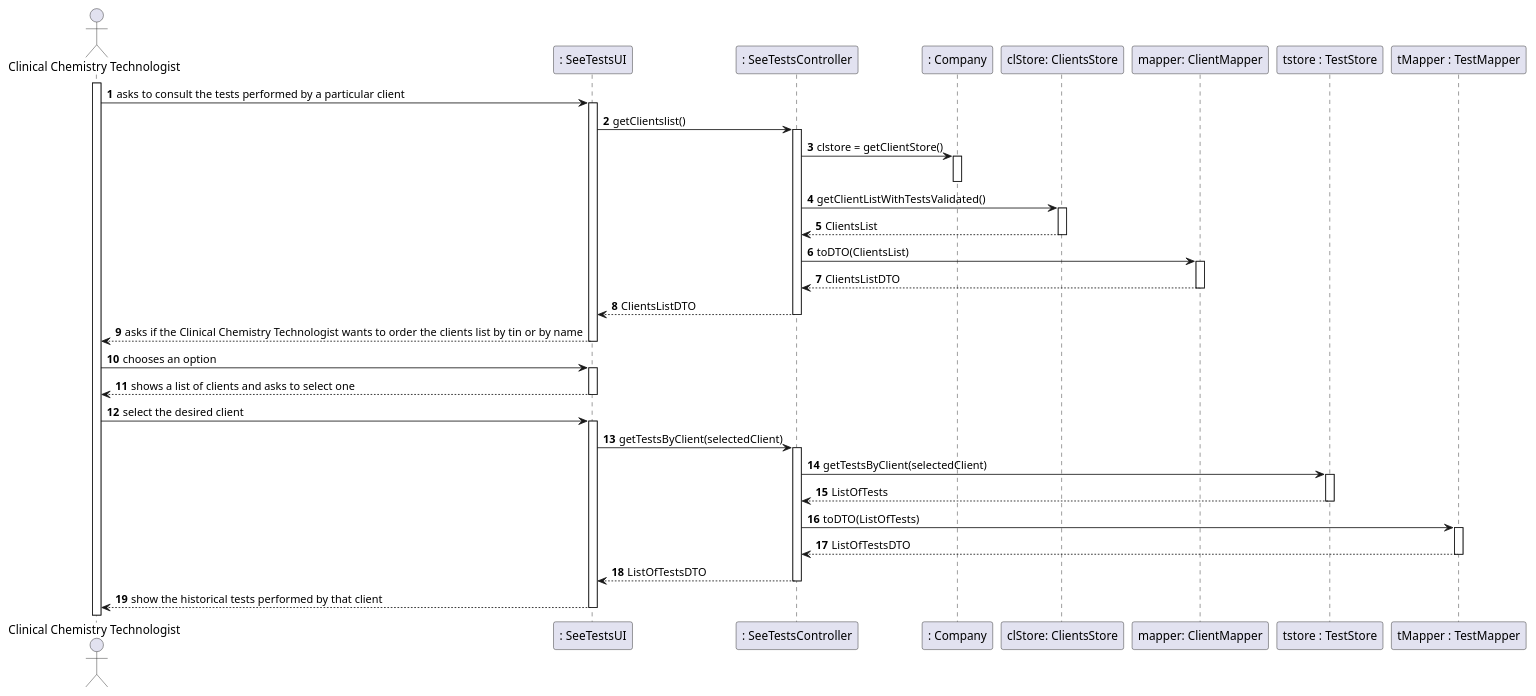
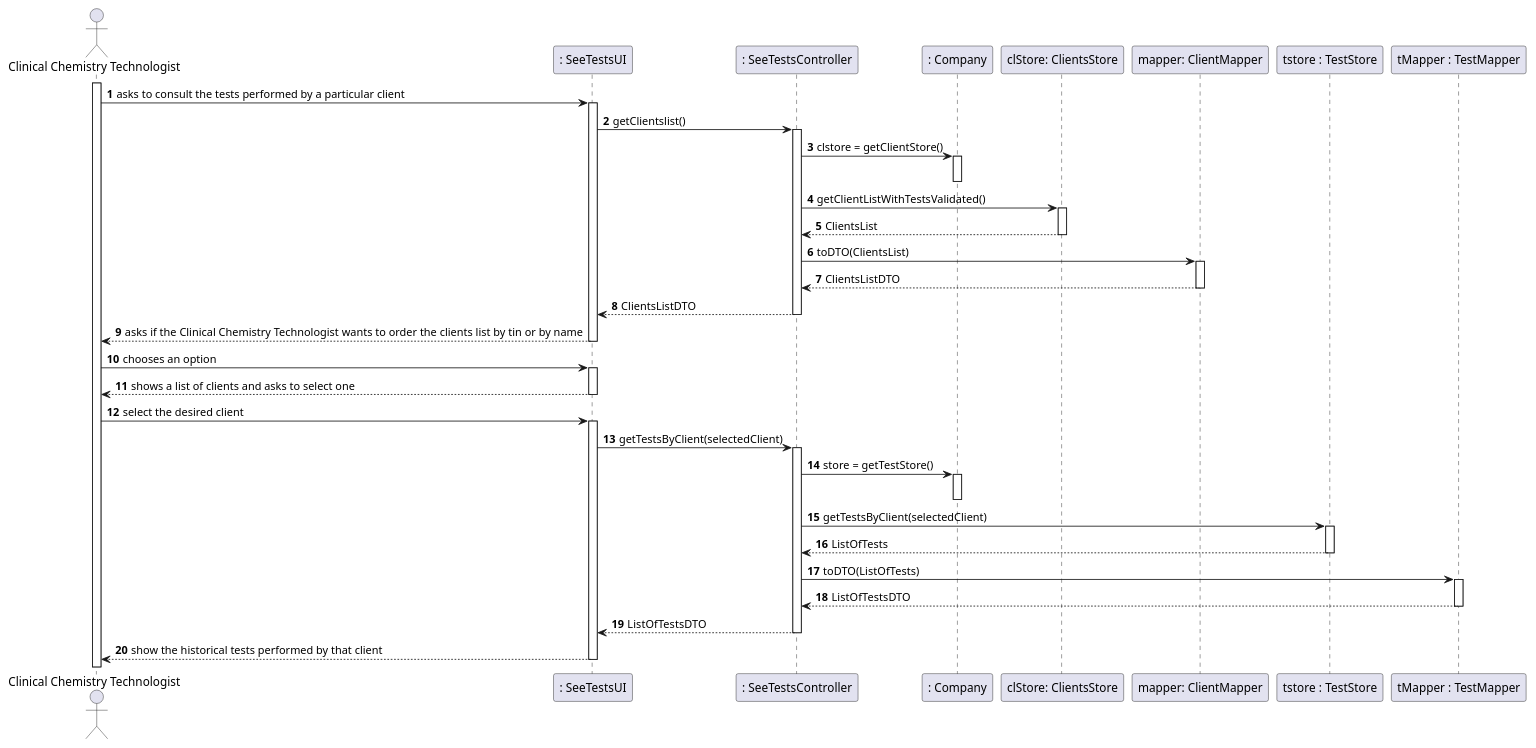
Before and after one commit to manu-07-ela/LAPR2_ISEP: the diagram in docs/SprintD/US13/US13_SD.puml, drawn with PlantUML. The commit also changed 8 other files, not shown here.

```diff
--- a/docs/SprintD/US13/US13_SD.puml
+++ b/docs/SprintD/US13/US13_SD.puml
@@ -1,62 +1,65 @@
 @startuml
 'https://plantuml.com/sequence-diagram
 
 autonumber
 actor "Clinical Chemistry Technologist" as CCT
 
 participant ": SeeTestsUI" as UI
 participant ": SeeTestsController" as CTRL
 participant ": Company" as Comp
 participant "clStore: ClientsStore" as CStore
 participant "mapper: ClientMapper" as ClMapper
 participant "tstore : TestStore" as tStore
 participant "tMapper : TestMapper" as TMapper
 
 activate CCT
 
 CCT -> UI : asks to consult the tests performed by a particular client
 activate UI
 UI -> CTRL : getClientslist()
 activate CTRL
 CTRL -> Comp : clstore = getClientStore()
 activate Comp
 deactivate Comp
 CTRL -> CStore : getClientListWithTestsValidated()
 activate CStore
 CStore --> CTRL : ClientsList
 deactivate CStore
 CTRL -> ClMapper : toDTO(ClientsList)
 activate ClMapper
 ClMapper --> CTRL : ClientsListDTO
 deactivate ClMapper
 CTRL --> UI : ClientsListDTO
 deactivate CTRL
 UI --> CCT : asks if the Clinical Chemistry Technologist wants to order the clients list by tin or by name
 deactivate UI
 
 CCT -> UI : chooses an option
 activate UI
 UI --> CCT : shows a list of clients and asks to select one
 deactivate UI
 
 CCT -> UI : select the desired client
 activate UI
 UI -> CTRL : getTestsByClient(selectedClient)
 activate CTRL
+CTRL-> Comp : store = getTestStore()
+activate Comp
+deactivate Comp
 CTRL -> tStore : getTestsByClient(selectedClient)
 activate tStore
 tStore --> CTRL : ListOfTests
 deactivate tStore
 CTRL -> TMapper : toDTO(ListOfTests)
 activate TMapper
 TMapper --> CTRL : ListOfTestsDTO
 deactivate TMapper
 CTRL --> UI :ListOfTestsDTO
 deactivate CTRL
 UI --> CCT : show the historical tests performed by that client
 deactivate UI
 
 
 
 
 @enduml
```
